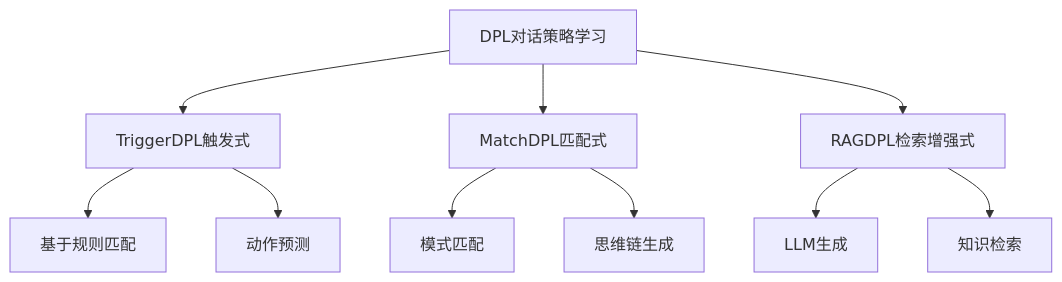
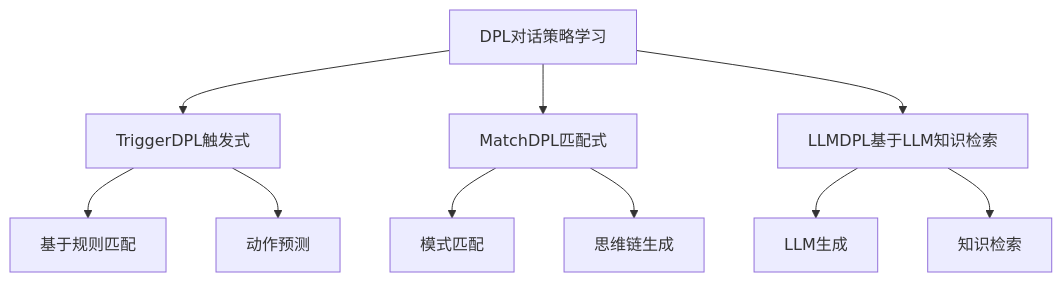
The fifth of 11 diagrams in docs/src/architecture/components.md (CotaAI/cota), drawn with Mermaid before and after one commit. The commit also changed other lines of this file and 6 other files, not shown here.

````diff
--- a/docs/src/architecture/components.md
+++ b/docs/src/architecture/components.md
@@ -299,15 +299,15 @@
 ```mermaid
 graph TD
     DPL[DPL对话策略学习] --> TriggerDPL[TriggerDPL触发式]
     DPL --> MatchDPL[MatchDPL匹配式]
-    DPL --> RAGDPL[RAGDPL检索增强式]
+    DPL --> LLMDPL[LLMDPL基于LLM知识检索]
     
     TriggerDPL --> RuleBased[基于规则匹配]
     TriggerDPL --> ActionPrediction[动作预测]
     
     MatchDPL --> PatternMatch[模式匹配]
     MatchDPL --> ThoughtGeneration[思维链生成]
     
-    RAGDPL --> LLMGeneration[LLM生成]
-    RAGDPL --> KnowledgeRetrieval[知识检索]
+    LLMDPL --> LLMGeneration[LLM生成]
+    LLMDPL --> KnowledgeRetrieval[知识检索]
 ```
````
